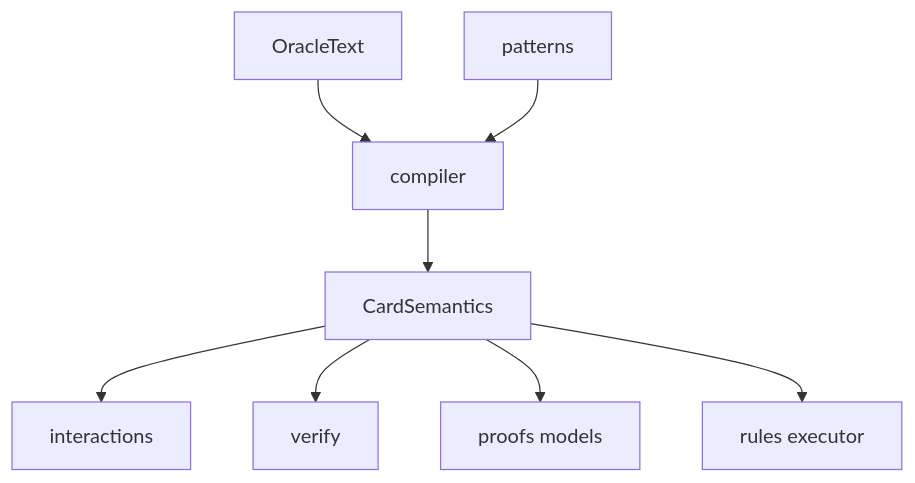
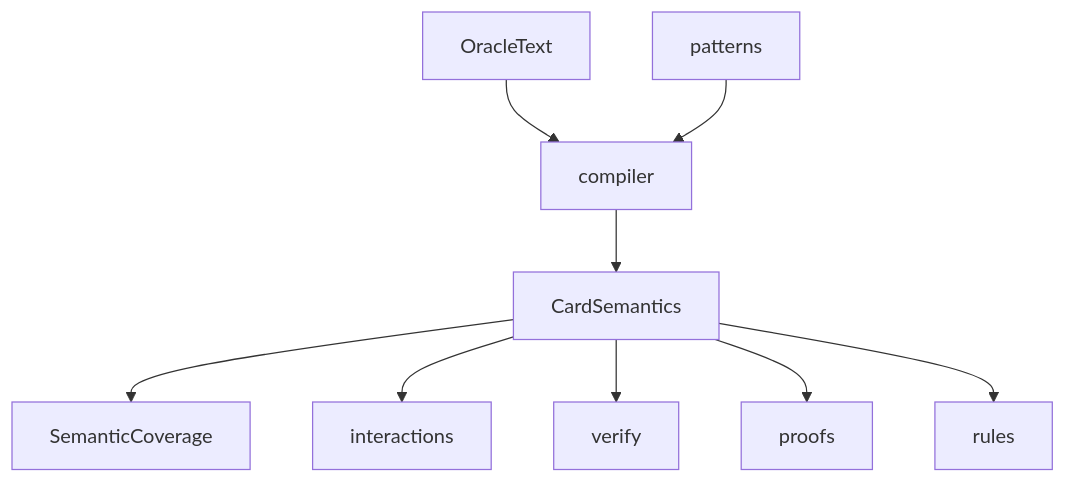
The diagram in src/mtg_loop_engine/semantics/README.md (witzbeck/mtg-loop-engine), drawn with Mermaid before and after one commit. The commit also changed other lines of this file and 65 other files, not shown here.

````diff
--- a/src/mtg_loop_engine/semantics/README.md
+++ b/src/mtg_loop_engine/semantics/README.md
@@ -9,10 +11,11 @@
 ```mermaid
 graph TB;
   oracleText[OracleText] --> compiler[compiler];
   patterns[patterns] --> compiler;
   compiler --> ir[CardSemantics];
+  ir --> coverage[SemanticCoverage];
   ir --> interactions[interactions];
   ir --> verify[verify];
-  ir --> proofs[proofs models];
-  ir --> rules[rules executor];
+  ir --> proofs[proofs];
+  ir --> rules[rules];
 ```
````
